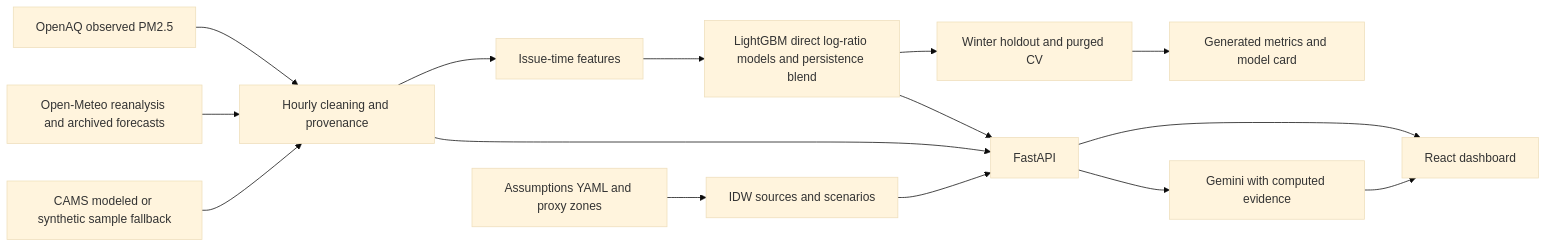
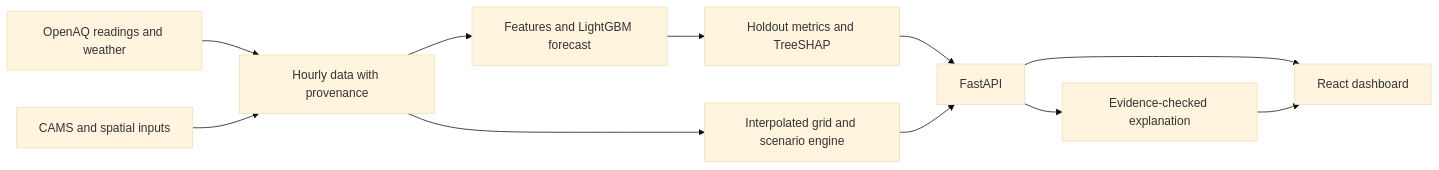
The diagram in README.md (RajvardhanPatil07/AirTwin), drawn with Mermaid (base theme) before and after one commit. The commit also changed other lines of this file and 18 other files, not shown here.

````diff
--- a/README.md
+++ b/README.md
@@ -206,17 +90,13 @@
 ```mermaid
 flowchart LR
-  OBS[OpenAQ observed PM2.5] --> DATA[Hourly cleaning and provenance]
-  WEATHER[Open-Meteo reanalysis and archived forecasts] --> DATA
-  FALLBACK[CAMS modeled or synthetic sample fallback] --> DATA
-  DATA --> FEAT[Issue-time features]
-  FEAT --> ML[LightGBM direct log-ratio models and persistence blend]
-  ML --> TEST[Winter holdout and purged CV]
-  TEST --> CARD[Generated metrics and model card]
-  ML --> API[FastAPI]
-  DATA --> API
-  CONFIG[Assumptions YAML and proxy zones] --> SIM[IDW sources and scenarios]
-  SIM --> API
-  API --> UI[React dashboard]
-  API --> EXPLAIN[Gemini with computed evidence]
-  EXPLAIN --> UI
+  A[OpenAQ readings and weather] --> B[Hourly data with provenance]
+  C[CAMS and spatial inputs] --> B
+  B --> D[Features and LightGBM forecast]
+  D --> E[Holdout metrics and TreeSHAP]
+  B --> F[Interpolated grid and scenario engine]
+  E --> G[FastAPI]
+  F --> G
+  G --> H[React dashboard]
+  G --> I[Evidence-checked explanation]
+  I --> H
 ```
````
